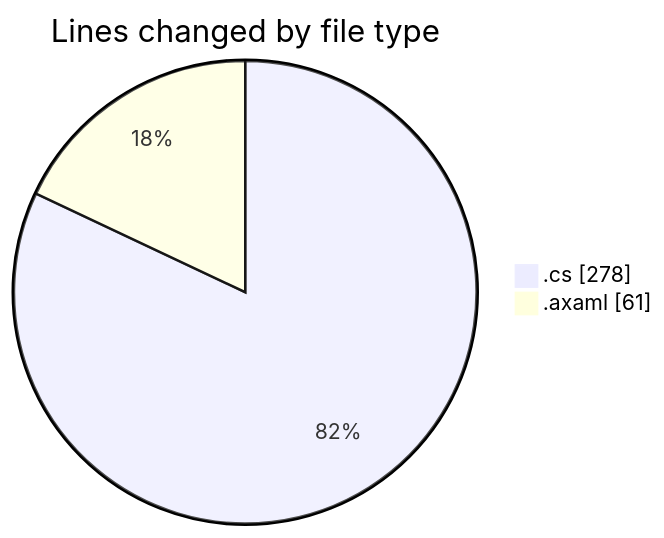
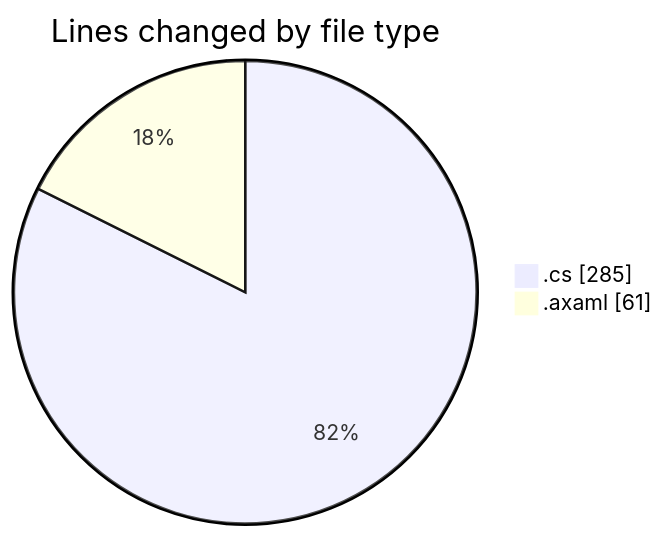
One commit to Netris89/code-tracking changed the first of 2 diagrams in 2025-10-26/skintrack/README.md. Above: the diagram before and after it, drawn with Mermaid. The commit also changed other lines of this file and 1 other file, not shown here.

````diff
--- a/2025-10-26/skintrack/README.md
+++ b/2025-10-26/skintrack/README.md
@@ -27,6 +27,6 @@
 ```mermaid
 pie showData
 title Lines changed by file type
-".cs" : 278
+".cs" : 285
 ".axaml" : 61
 ```
````
